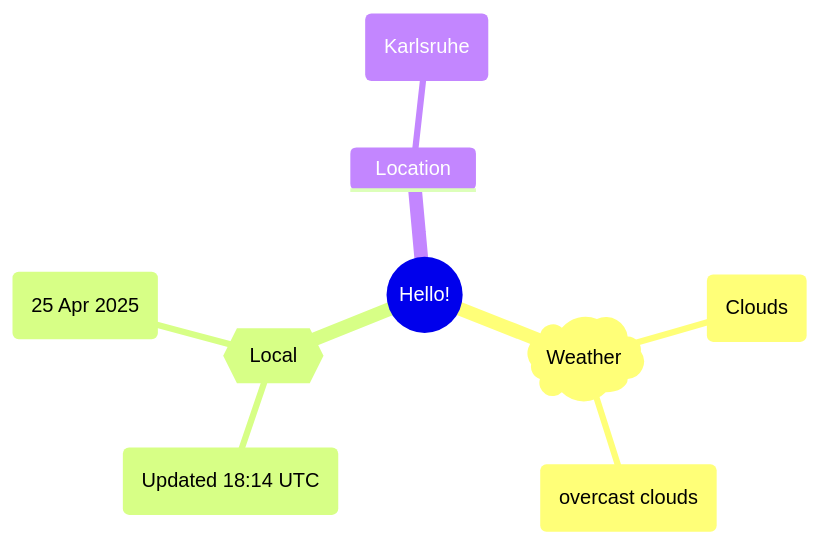
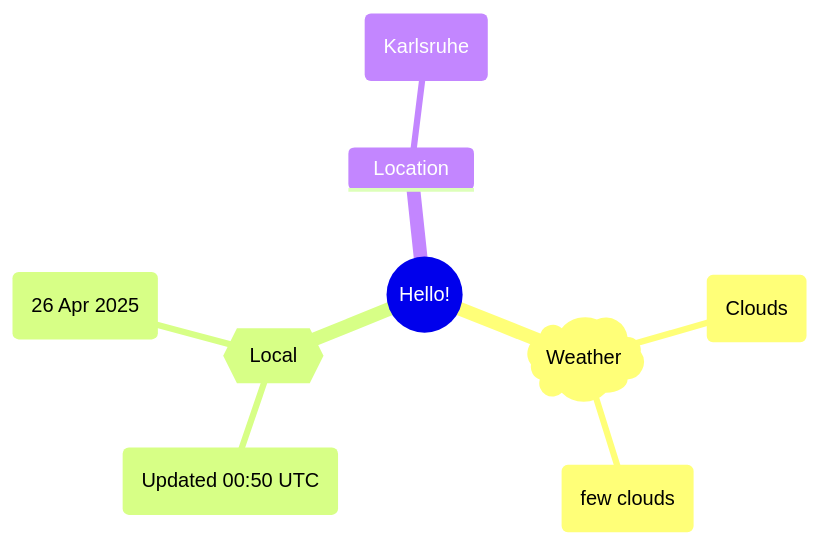
One commit to Xosrov/Xosrov changed the first of 2 diagrams in README.md. Above: the diagram before and after it, drawn with Mermaid.

Commit message:
[bot] updated images

````diff
--- a/README.md
+++ b/README.md
@@ -3,12 +3,12 @@
 ```mermaid
 mindmap
   root((Hello!))
     )Weather(
         (Clouds)
-        (overcast clouds)
+        (few clouds)
     {{Local}}
-        (Updated 18:14 UTC)
-        (25 Apr 2025)
+        (Updated 00:50 UTC)
+        (26 Apr 2025)
     Location
         (Karlsruhe)
 ```
````
